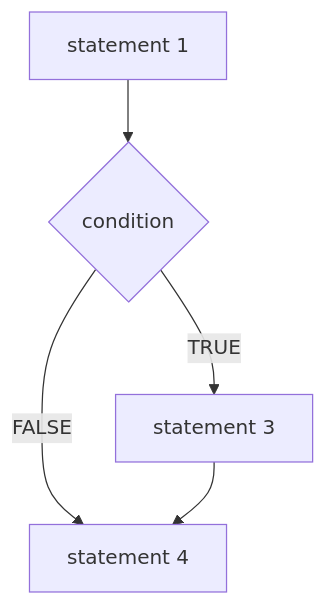
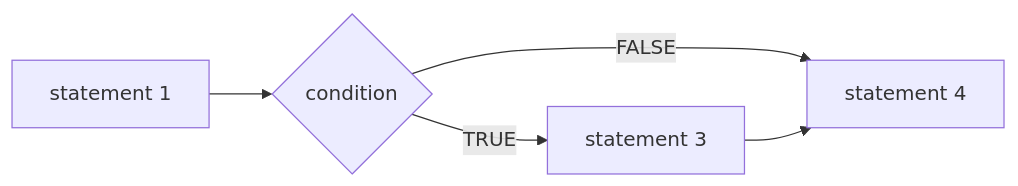
The fifth of 8 diagrams in pages/r-flow-execution.qmd (aphalo/r4p-blog), drawn with Mermaid before and after one commit. The commit also changed other lines of this file and 52 other files, not shown here.

Commit message:
r-flow-exec edited and site rebuilt

````diff
--- a/pages/r-flow-execution.qmd
+++ b/pages/r-flow-execution.qmd
@@ -39,6 +64,6 @@
 ```{mermaid}
-flowchart TB
-  st1[statement 1] --> st2{condition} --TRUE--> st3[statement 3]
-  st2 --FALSE--> st4[statement 4]
+flowchart LR
+  st1[statement 1] --> st2{condition} --FALSE--> st4[statement 4]
+  st2 --TRUE--> st3[statement 3]
   st3 --> st4
 ```
````
